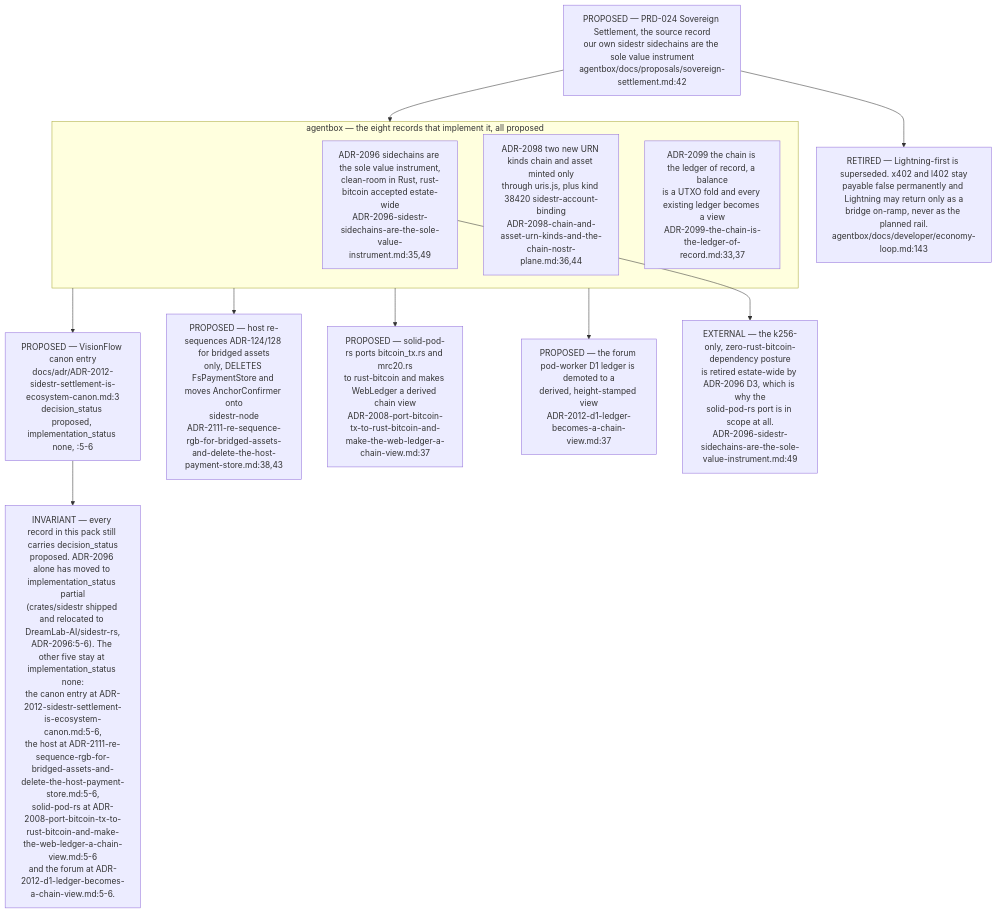
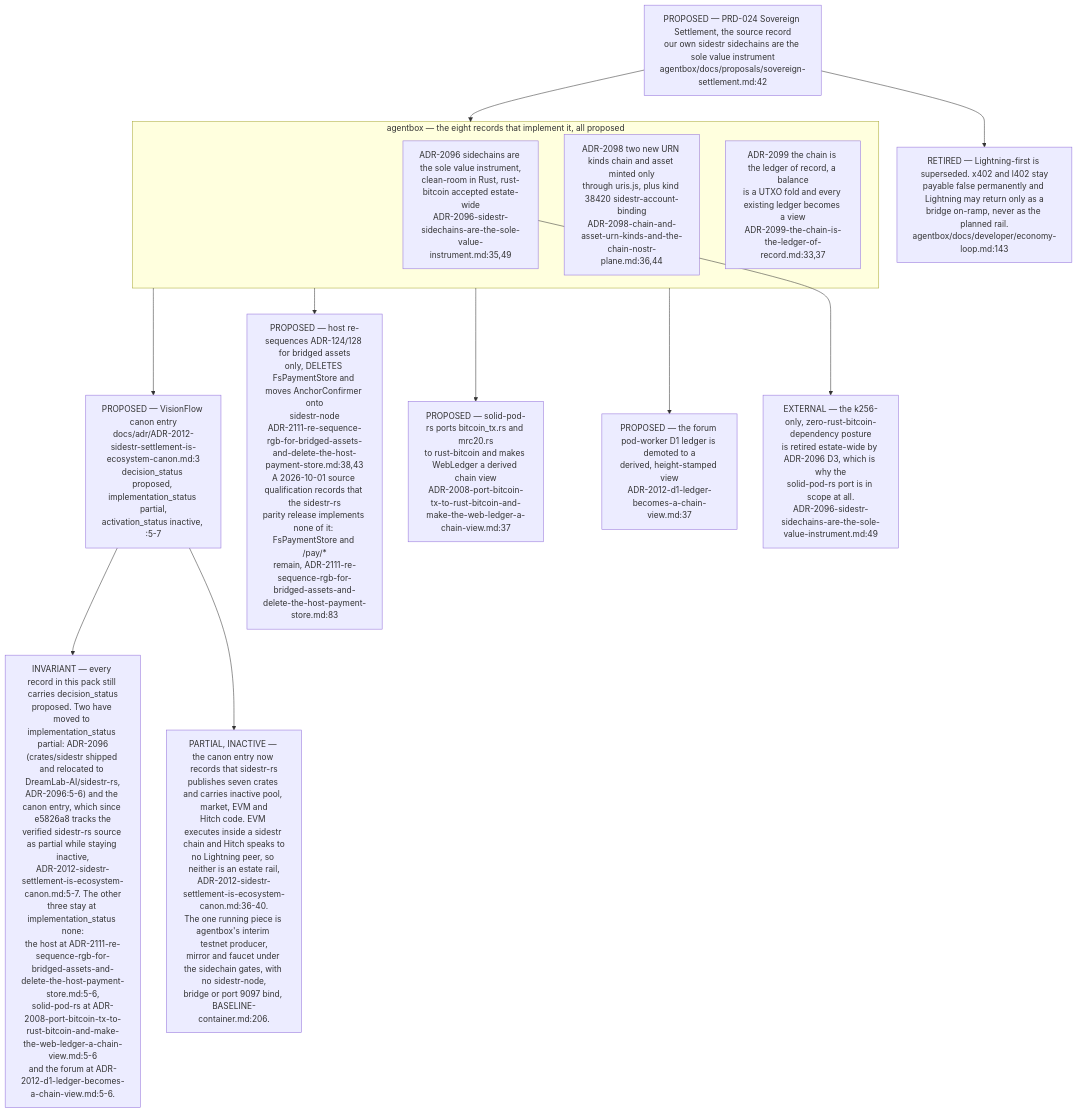
One commit to DreamLab-AI/VisionFlow changed diagram 11 of 12 in docs/diagrams/estate/03-cross-repo-federation-contract.md. Above: the diagram before and after it, drawn with Mermaid. The commit also changed other lines of this file and 94 other files, not shown here.

First line of the commit message:
docs(diagrams): re-verify 130 topics against 2 October HEADs

````diff
--- a/docs/diagrams/estate/03-cross-repo-federation-contract.md
+++ b/docs/diagrams/estate/03-cross-repo-federation-contract.md
@@ -441,30 +441,32 @@
 ```mermaid
 flowchart TB
     PRD["PROPOSED — PRD-024 Sovereign Settlement, the source record<br/>our own sidestr sidechains are the sole value instrument<br/>agentbox/docs/proposals/sovereign-settlement.md:42"]
 
     subgraph AB["agentbox — the eight records that implement it, all proposed"]
         A96["ADR-2096 sidechains are the sole value instrument,<br/>clean-room in Rust, rust-bitcoin accepted estate-wide<br/>ADR-2096-sidestr-sidechains-are-the-sole-value-instrument.md:35,49"]
         A98["ADR-2098 two new URN kinds chain and asset minted only<br/>through uris.js, plus kind 38420 sidestr-account-binding<br/>ADR-2098-chain-and-asset-urn-kinds-and-the-chain-nostr-plane.md:36,44"]
         A99["ADR-2099 the chain is the ledger of record, a balance<br/>is a UTXO fold and every existing ledger becomes a view<br/>ADR-2099-the-chain-is-the-ledger-of-record.md:33,37"]
     end
     PRD --> AB
 
-    CANON["PROPOSED — VisionFlow canon entry<br/>docs/adr/ADR-2012-sidestr-settlement-is-ecosystem-canon.md:3<br/>decision_status proposed, implementation_status none, :5-6"]
-    HOST["PROPOSED — host re-sequences ADR-124/128 for bridged assets<br/>only, DELETES FsPaymentStore and moves AnchorConfirmer onto<br/>sidestr-node<br/>ADR-2111-re-sequence-rgb-for-bridged-assets-and-delete-the-host-payment-store.md:38,43"]
+    CANON["PROPOSED — VisionFlow canon entry<br/>docs/adr/ADR-2012-sidestr-settlement-is-ecosystem-canon.md:3<br/>decision_status proposed, implementation_status partial,<br/>activation_status inactive, :5-7"]
+    HOST["PROPOSED — host re-sequences ADR-124/128 for bridged assets<br/>only, DELETES FsPaymentStore and moves AnchorConfirmer onto<br/>sidestr-node<br/>ADR-2111-re-sequence-rgb-for-bridged-assets-and-delete-the-host-payment-store.md:38,43<br/>A 2026-10-01 source qualification records that the sidestr-rs<br/>parity release implements none of it: FsPaymentStore and /pay/*<br/>remain, ADR-2111-re-sequence-rgb-for-bridged-assets-and-delete-the-host-payment-store.md:83"]
     SPR["PROPOSED — solid-pod-rs ports bitcoin_tx.rs and mrc20.rs<br/>to rust-bitcoin and makes WebLedger a derived chain view<br/>ADR-2008-port-bitcoin-tx-to-rust-bitcoin-and-make-the-web-ledger-a-chain-view.md:37"]
     FRM["PROPOSED — the forum pod-worker D1 ledger is demoted to a<br/>derived, height-stamped view<br/>ADR-2012-d1-ledger-becomes-a-chain-view.md:37"]
 
     AB --> CANON
     AB --> HOST
     AB --> SPR
     AB --> FRM
 
-    INV["INVARIANT — every record in this pack still carries decision_status<br/>proposed. ADR-2096 alone has moved to implementation_status partial<br/>(crates/sidestr shipped and relocated to DreamLab-AI/sidestr-rs,<br/>ADR-2096:5-6). The other five stay at implementation_status none:<br/>the canon entry at ADR-2012-sidestr-settlement-is-ecosystem-canon.md:5-6,<br/>the host at ADR-2111-re-sequence-rgb-for-bridged-assets-and-delete-the-host-payment-store.md:5-6,<br/>solid-pod-rs at ADR-2008-port-bitcoin-tx-to-rust-bitcoin-and-make-the-web-ledger-a-chain-view.md:5-6<br/>and the forum at ADR-2012-d1-ledger-becomes-a-chain-view.md:5-6."]
+    INV["INVARIANT — every record in this pack still carries decision_status<br/>proposed. Two have moved to implementation_status partial: ADR-2096<br/>(crates/sidestr shipped and relocated to DreamLab-AI/sidestr-rs,<br/>ADR-2096:5-6) and the canon entry, which since e5826a8 tracks the<br/>verified sidestr-rs source as partial while staying inactive,<br/>ADR-2012-sidestr-settlement-is-ecosystem-canon.md:5-7. The other<br/>three stay at implementation_status none:<br/>the host at ADR-2111-re-sequence-rgb-for-bridged-assets-and-delete-the-host-payment-store.md:5-6,<br/>solid-pod-rs at ADR-2008-port-bitcoin-tx-to-rust-bitcoin-and-make-the-web-ledger-a-chain-view.md:5-6<br/>and the forum at ADR-2012-d1-ledger-becomes-a-chain-view.md:5-6."]
     CANON --> INV
+    SRCST["PARTIAL, INACTIVE — the canon entry now records that sidestr-rs<br/>publishes seven crates and carries inactive pool, market, EVM and<br/>Hitch code. EVM executes inside a sidestr chain and Hitch speaks to<br/>no Lightning peer, so neither is an estate rail,<br/>ADR-2012-sidestr-settlement-is-ecosystem-canon.md:36-40.<br/>The one running piece is agentbox's interim testnet producer,<br/>mirror and faucet under the sidechain gates, with no sidestr-node,<br/>bridge or port 9097 bind, BASELINE-container.md:206."]
+    CANON --> SRCST
 
     RET["RETIRED — Lightning-first is superseded. x402 and l402 stay<br/>payable false permanently and Lightning may return only as a<br/>bridge on-ramp, never as the planned rail.<br/>agentbox/docs/developer/economy-loop.md:143"]
     PRD --> RET
 
     KILL["EXTERNAL — the k256-only, zero-rust-bitcoin-dependency posture<br/>is retired estate-wide by ADR-2096 D3, which is why the<br/>solid-pod-rs port is in scope at all.<br/>ADR-2096-sidestr-sidechains-are-the-sole-value-instrument.md:49"]
     A96 --> KILL
 ```
````
